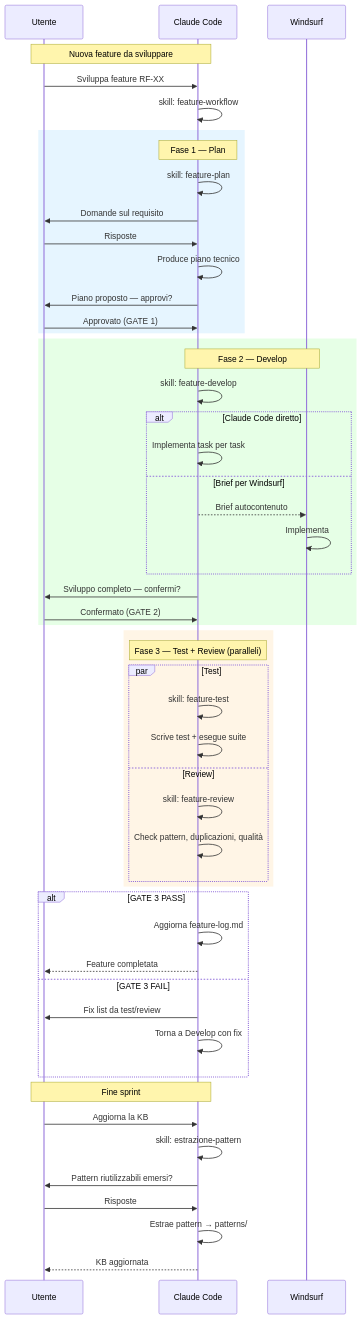
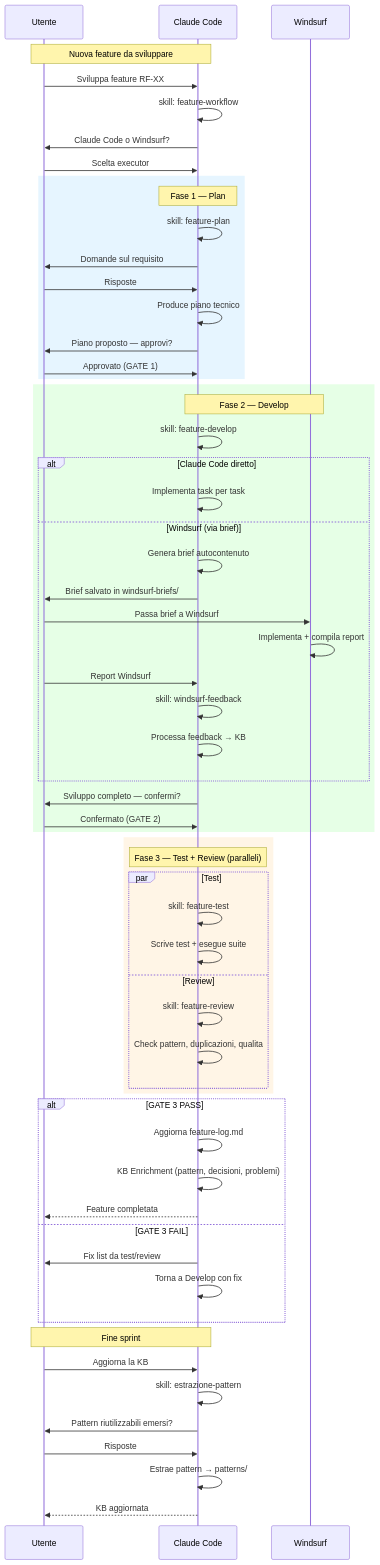
The fifth of 9 diagrams in docs/workflow.md (SimoneBriganteLaif/SimoneAI), drawn with Mermaid before and after one commit. The commit also changed other lines of this file and 12 other files, not shown here.

First line of the commit message:
Ciclo Windsurf — flusso di sviluppo Claude Code + Windsurf

````diff
--- a/docs/workflow.md
+++ b/docs/workflow.md
@@ -186,62 +200,70 @@
 ```mermaid
 sequenceDiagram
     participant U as Utente
     participant CC as Claude Code
     participant WS as Windsurf
 
     Note over U,CC: Nuova feature da sviluppare
 
     U->>CC: Sviluppa feature RF-XX
     CC->>CC: skill: feature-workflow
+    CC->>U: Claude Code o Windsurf?
+    U->>CC: Scelta executor
 
     rect rgb(230, 245, 255)
     Note over CC: Fase 1 — Plan
     CC->>CC: skill: feature-plan
     CC->>U: Domande sul requisito
     U->>CC: Risposte
     CC->>CC: Produce piano tecnico
     CC->>U: Piano proposto — approvi?
     U->>CC: Approvato (GATE 1)
     end
 
     rect rgb(230, 255, 230)
     Note over CC,WS: Fase 2 — Develop
     CC->>CC: skill: feature-develop
     alt Claude Code diretto
         CC->>CC: Implementa task per task
-    else Brief per Windsurf
-        CC-->>WS: Brief autocontenuto
-        WS->>WS: Implementa
+    else Windsurf (via brief)
+        CC->>CC: Genera brief autocontenuto
+        CC->>U: Brief salvato in windsurf-briefs/
+        U->>WS: Passa brief a Windsurf
+        WS->>WS: Implementa + compila report
+        U->>CC: Report Windsurf
+        CC->>CC: skill: windsurf-feedback
+        CC->>CC: Processa feedback → KB
     end
     CC->>U: Sviluppo completo — confermi?
     U->>CC: Confermato (GATE 2)
     end
 
     rect rgb(255, 245, 230)
     Note over CC: Fase 3 — Test + Review (paralleli)
     par Test
         CC->>CC: skill: feature-test
         CC->>CC: Scrive test + esegue suite
     and Review
         CC->>CC: skill: feature-review
-        CC->>CC: Check pattern, duplicazioni, qualità
+        CC->>CC: Check pattern, duplicazioni, qualita
     end
     end
 
     alt GATE 3 PASS
         CC->>CC: Aggiorna feature-log.md
+        CC->>CC: KB Enrichment (pattern, decisioni, problemi)
         CC-->>U: Feature completata
     else GATE 3 FAIL
         CC->>U: Fix list da test/review
         CC->>CC: Torna a Develop con fix
     end
 
     Note over U,CC: Fine sprint
 
     U->>CC: Aggiorna la KB
     CC->>CC: skill: estrazione-pattern
     CC->>U: Pattern riutilizzabili emersi?
     U->>CC: Risposte
     CC->>CC: Estrae pattern → patterns/
     CC-->>U: KB aggiornata
 ```
````
